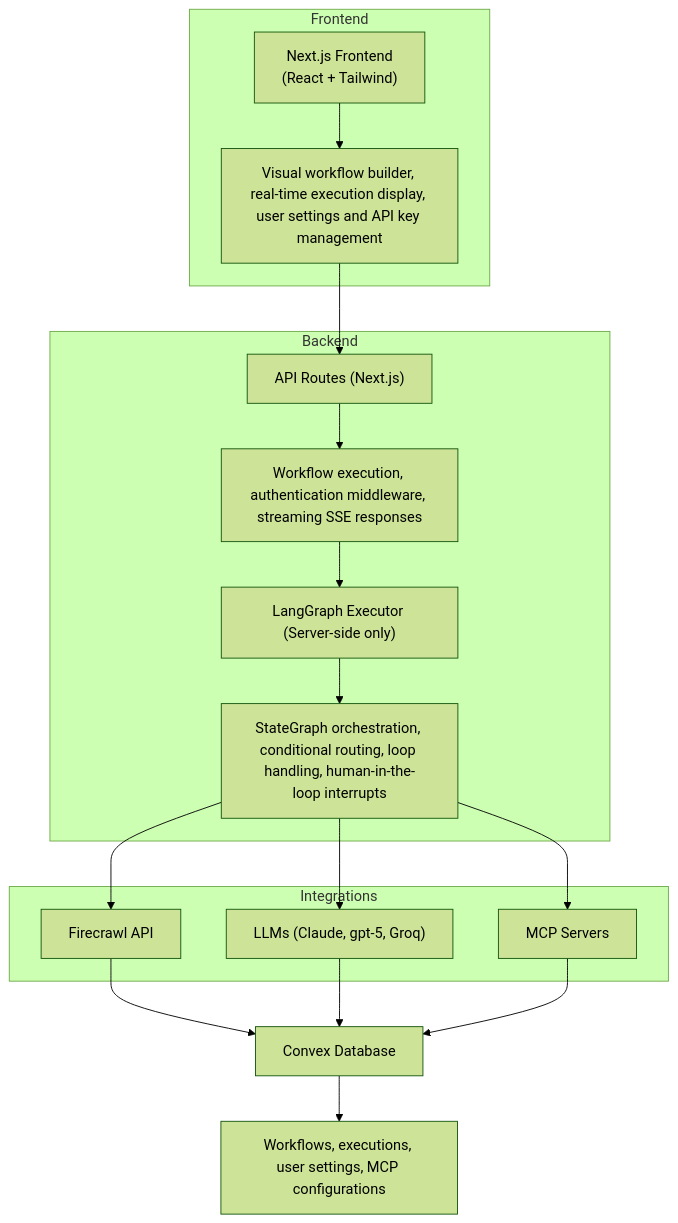
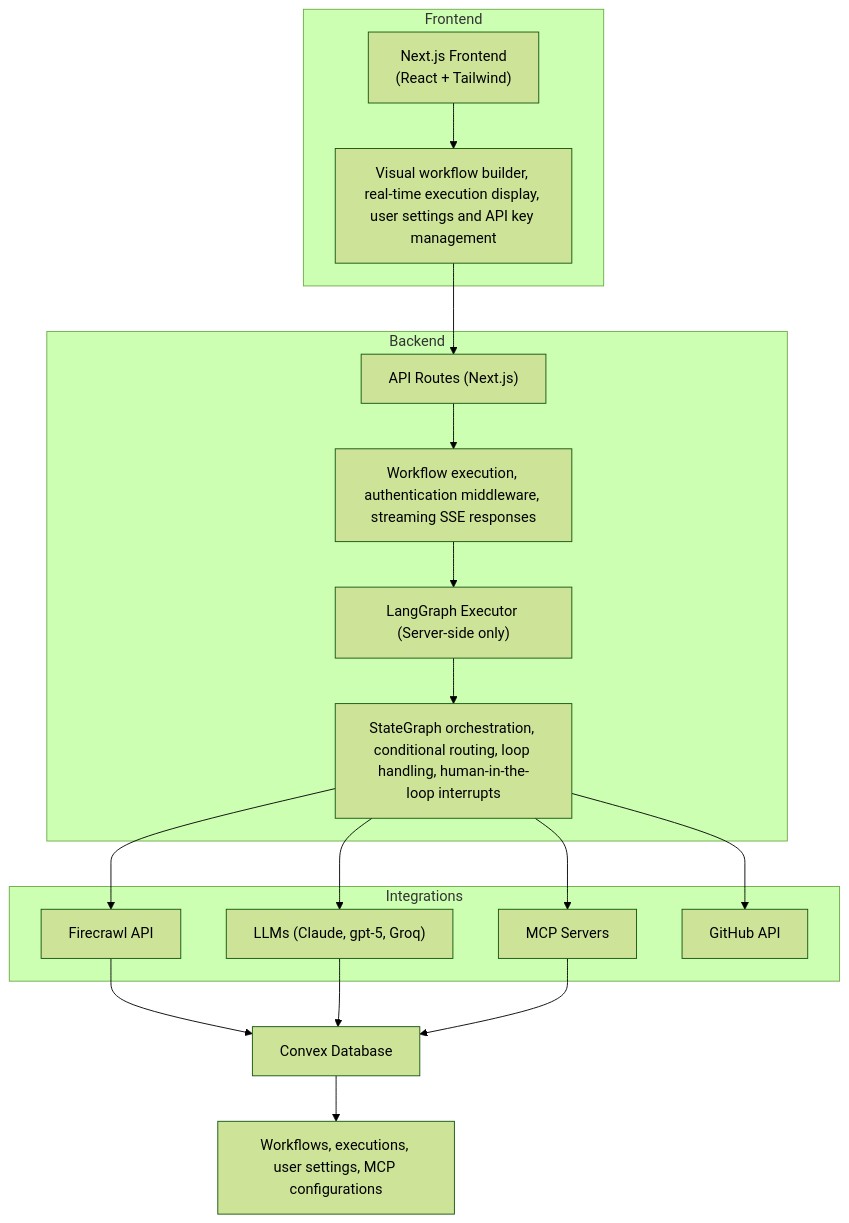
Before and after one commit to adversysai/agent-builder: the diagram in README.md, drawn with Mermaid (forest theme). The commit also changed 45 other files, not shown here.

````diff
--- a/README.md
+++ b/README.md
@@ -430,36 +430,38 @@
 ```mermaid
 %%{init: {'flowchart': {'htmlLabels': false}} }%%
 flowchart TD
   subgraph Frontend
     A["Next.js Frontend\n(React + Tailwind)"]
     A_desc["Visual workflow builder, real-time execution display, user settings and API key management"]
     A --> A_desc
   end
 
   subgraph Backend
     B["API Routes (Next.js)"]
     B_desc["Workflow execution, authentication middleware, streaming SSE responses"]
     C["LangGraph Executor (Server-side only)"]
     C_desc["StateGraph orchestration, conditional routing, loop handling, human-in-the-loop interrupts"]
     B --> B_desc
     C --> C_desc
     A_desc --> B
     B_desc --> C
   end
 
   subgraph Integrations
     D1["Firecrawl API"]
     D2["LLMs (Claude, gpt-5, Groq)"]
     D3["MCP Servers"]
+    D4["GitHub API"]
     C_desc --> D1
     C_desc --> D2
     C_desc --> D3
+    C_desc --> D4
   end
 
   D_common["Convex Database"]
   D_common_desc["Workflows, executions, user settings, MCP configurations"]
   D1 --> D_common
   D2 --> D_common
   D3 --> D_common
   D_common --> D_common_desc
 ```
````
